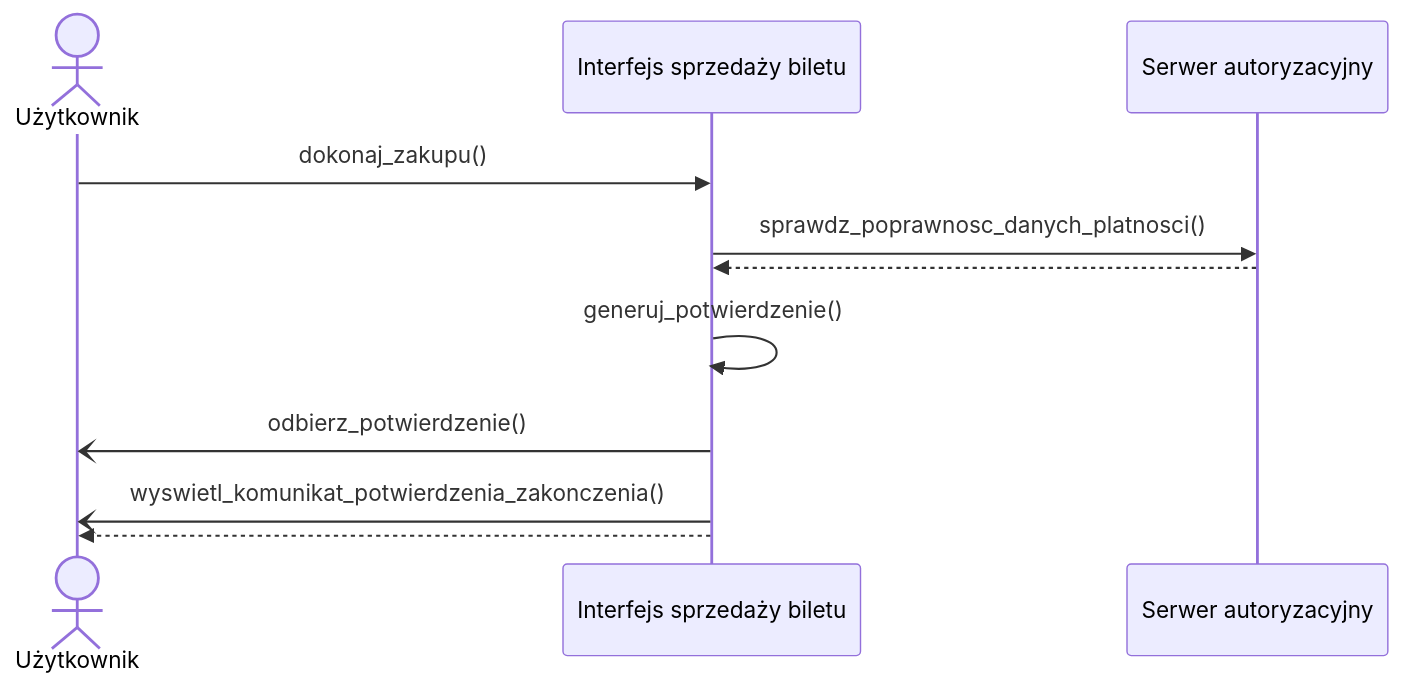
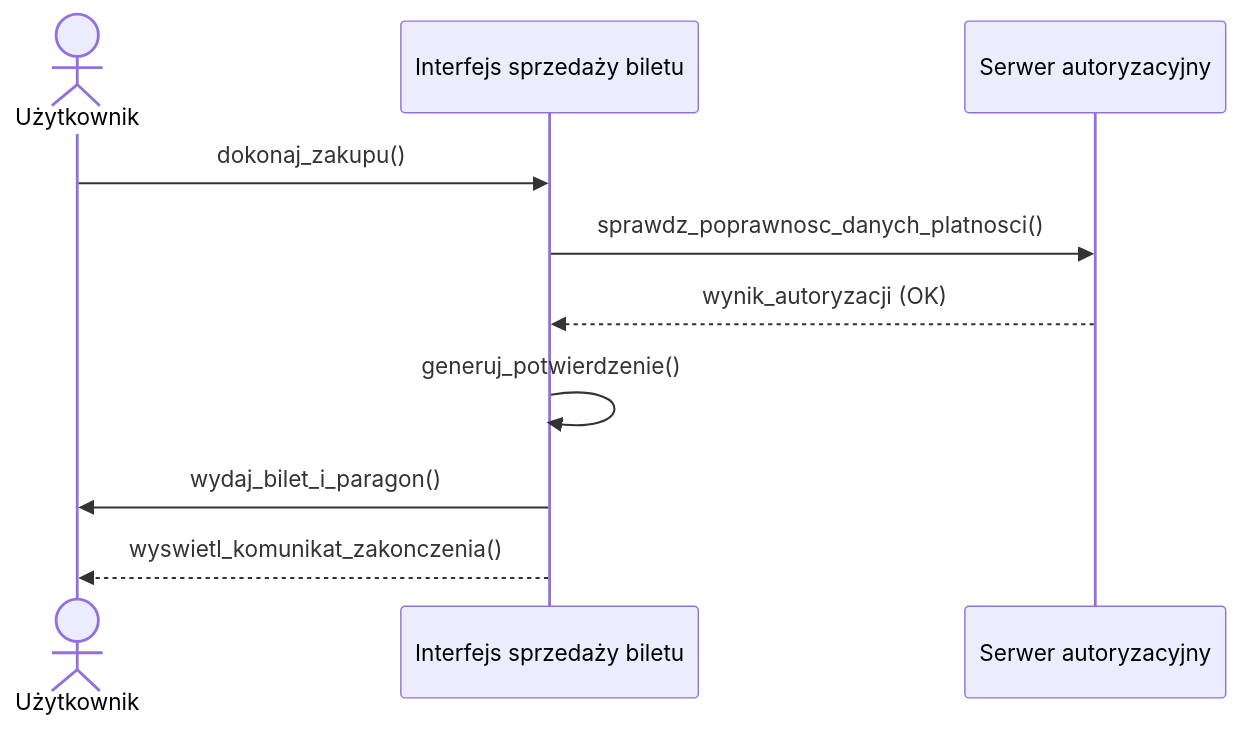
The eighth of 8 diagrams in uzytkownik.md (rufiix/laby_4), drawn with Mermaid before and after one commit.

Commit message:
Update payment flow in uzytkownik.md

````diff
--- a/uzytkownik.md
+++ b/uzytkownik.md
@@ -122,15 +122,16 @@
 ```mermaid
 sequenceDiagram
   actor A1 as Użytkownik
   participant P1 as Interfejs sprzedaży biletu
   participant P2 as Serwer autoryzacyjny
 
     A1->>P1: dokonaj_zakupu()
     P1->>P2: sprawdz_poprawnosc_danych_platnosci()
-  P2-->>P1:
-  P1->>P1: generuj_potwierdzenie()
-  P1-)A1: odbierz_potwierdzenie()
-  P1-)A1: wyswietl_komunikat_potwierdzenia_zakonczenia()
-  P1-->>A1:
+    P2-->>P1: wynik_autoryzacji (OK)
+    
+    P1->>P1: generuj_potwierdzenie()
+    
+    P1->>A1: wydaj_bilet_i_paragon()
+    P1-->>A1: wyswietl_komunikat_zakonczenia()
 
 ```
````
